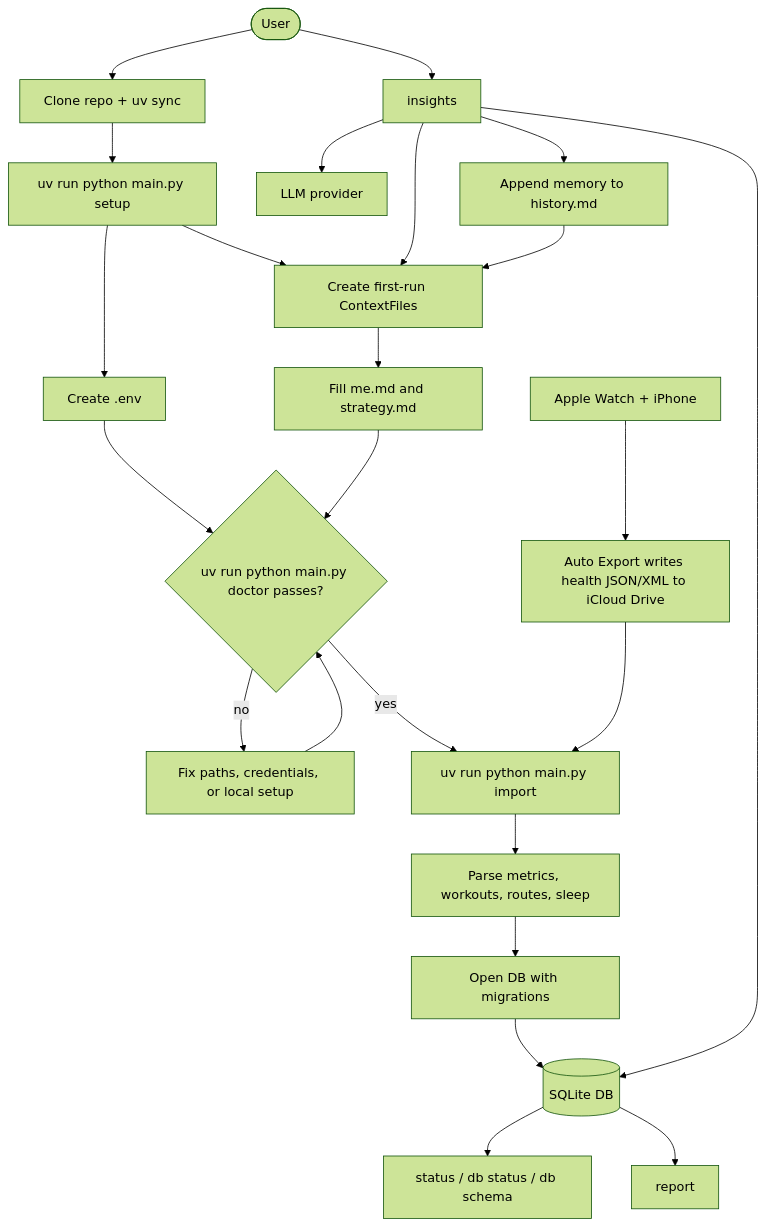
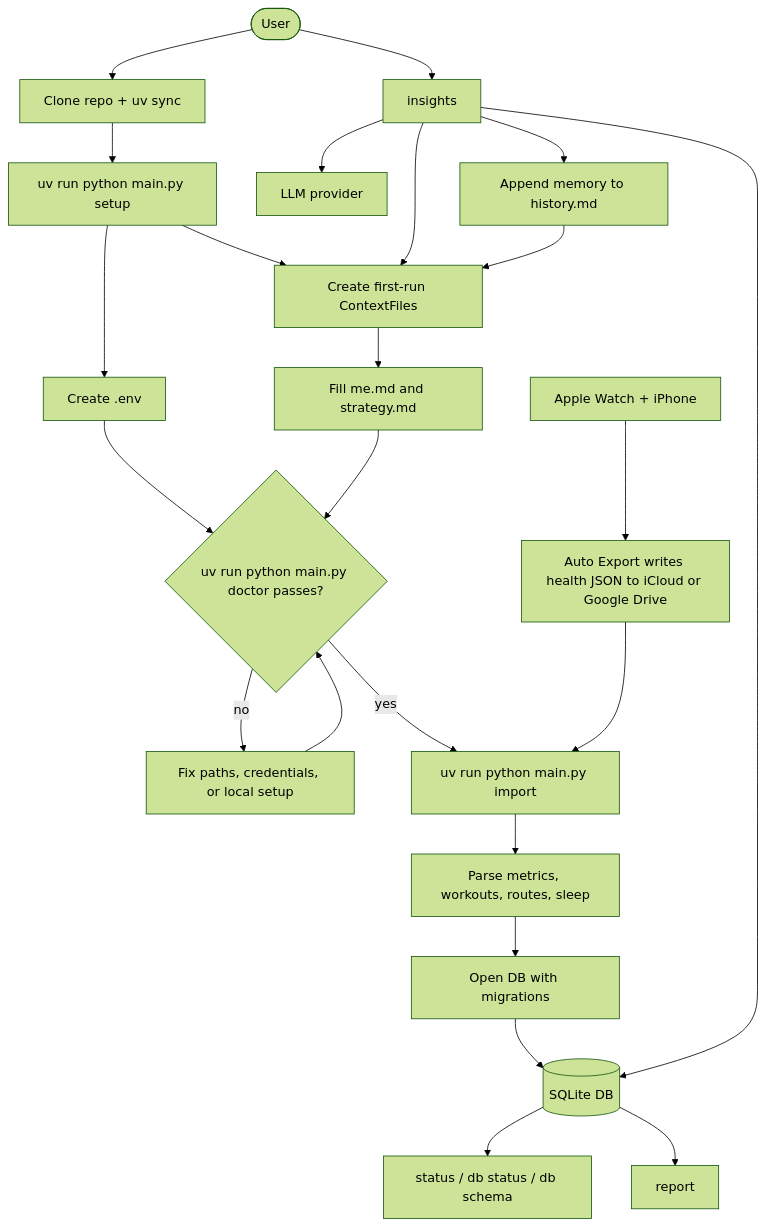
Before and after one commit to Alchemication/zdrowskit: the second of 7 diagrams in docs/user-flow.md, drawn with Mermaid (forest theme). The commit also changed other lines of this file and 15 other files, not shown here.

Commit message:
Add Google Drive health imports

````diff
--- a/docs/user-flow.md
+++ b/docs/user-flow.md
@@ -57,46 +57,46 @@
 ```mermaid
 flowchart TD
     user([User])
     clone["Clone repo + uv sync"]
     setup["uv run python main.py setup"]
     env["Create .env"]
     context["Create first-run ContextFiles"]
     editContext["Fill me.md and strategy.md"]
     doctor{"uv run python main.py doctor passes?"}
     fixConfig["Fix paths, credentials, or local setup"]
     apple["Apple Watch + iPhone"]
-    autoExport["Auto Export writes health JSON/XML to iCloud Drive"]
+    autoExport["Auto Export writes health JSON to iCloud or Google Drive"]
     importCmd["uv run python main.py import"]
     parse["Parse metrics, workouts, routes, sleep"]
     migrate["Open DB with migrations"]
     db[(SQLite DB)]
     status["status / db status / db schema"]
     report["report"]
     insights["insights"]
     llm["LLM provider"]
     memory["Append memory to history.md"]
 
     user --> clone
     clone --> setup
     setup --> env
     setup --> context
     context --> editContext
     env --> doctor
     editContext --> doctor
     doctor -- no --> fixConfig
     fixConfig --> doctor
     doctor -- yes --> importCmd
     apple --> autoExport
     autoExport --> importCmd
     importCmd --> parse
     parse --> migrate
     migrate --> db
     db --> status
     db --> report
     user --> insights
     insights --> db
     insights --> context
     insights --> llm
     insights --> memory
     memory --> context
 ```
````
